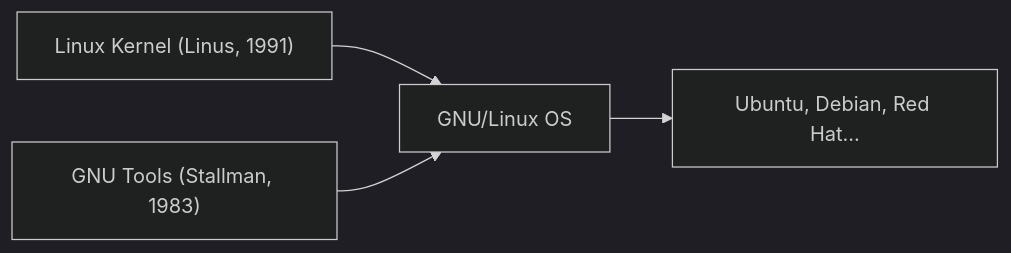
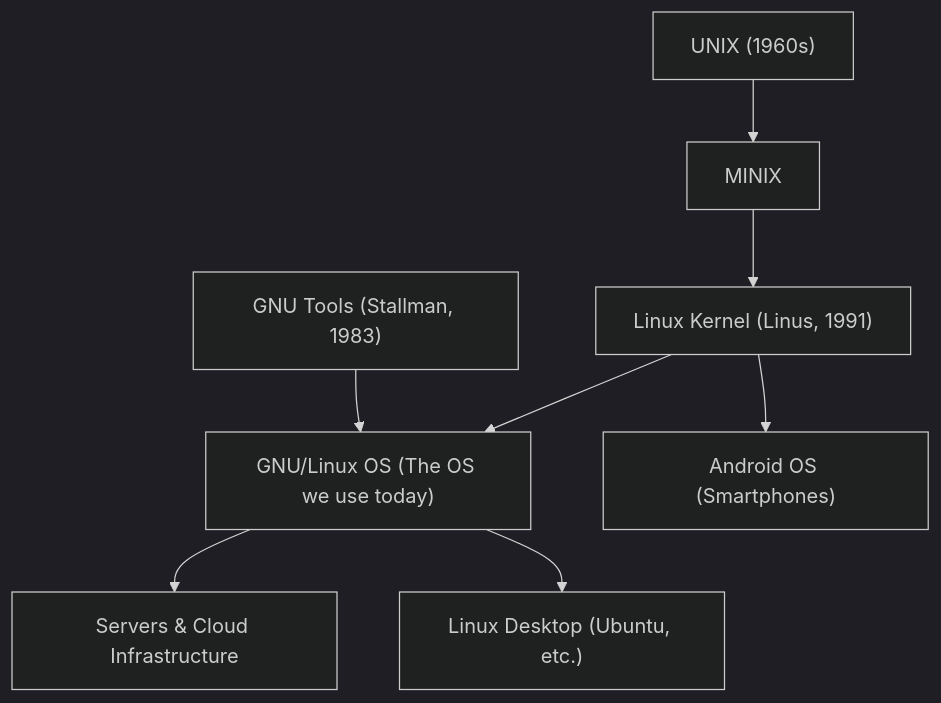
Before and after one commit to kenjinote/blog: the diagram in content/post/history-of-linux/index.md, drawn with Mermaid (dark theme). The commit also changed other lines of this file and 276 other files, not shown here.

````diff
--- a/content/post/history-of-linux/index.md
+++ b/content/post/history-of-linux/index.md
@@ -23,6 +54,10 @@
 ```mermaid
-graph LR
-    Kernel["Linux Kernel (Linus, 1991)"] --> OS["GNU/Linux OS"]
-    GNU["GNU Tools (Stallman, 1983)"] --> OS
-    OS --> Distro["Ubuntu, Debian, Red Hat..."]
+graph TD
+    Unix["UNIX (1960s)"] --> Minix["MINIX"]
+    Minix --> LinuxKernel["Linux Kernel (Linus, 1991)"]
+    GNU["GNU Tools (Stallman, 1983)"] --> GNULinux["GNU/Linux OS (The OS we use today)"]
+    LinuxKernel --> GNULinux
+    GNULinux --> Server["Servers & Cloud Infrastructure"]
+    GNULinux --> Desktop["Linux Desktop (Ubuntu, etc.)"]
+    LinuxKernel --> Android["Android OS (Smartphones)"]
 ```
````
